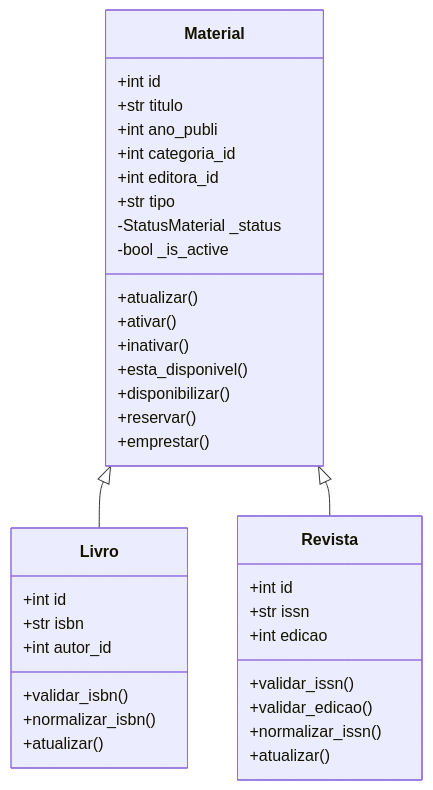
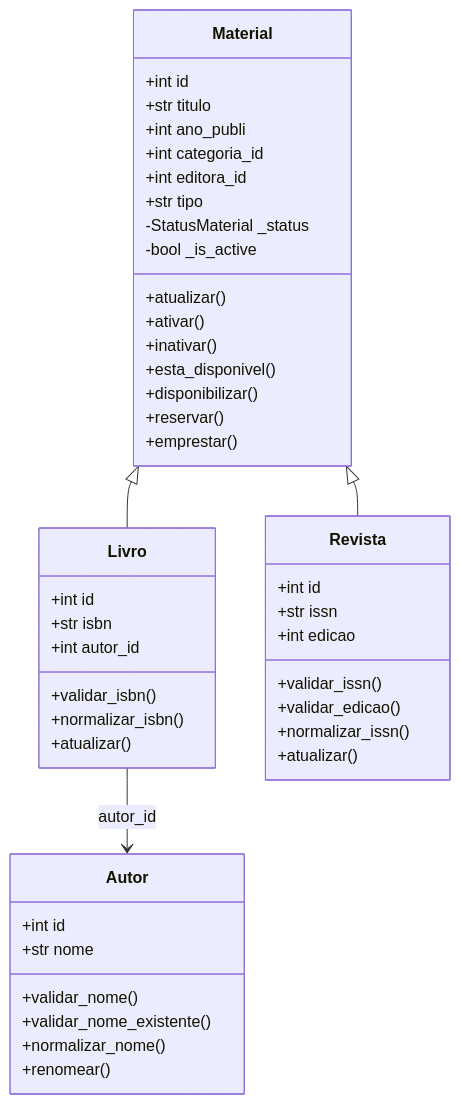
The diagram in docs/classes/diagrama/modelagem_classes.md (vitordanielsilvaleao-png/orientada_objetos), drawn with Mermaid before and after one commit. The commit also changed other lines of this file, not shown here.

Commit message:
docs: adiciona classe Autor ao diagrama de classes 4.
A classe Autor representa os autores cadastrados no sistema, contendo os atributos id e nome, além dos métodos de validação, normalização e alteração do nome.

A classe Livro possui o atributo autor_id, que referencia a tabela Autor.

````diff
--- a/docs/classes/diagrama/modelagem_classes.md
+++ b/docs/classes/diagrama/modelagem_classes.md
@@ -6,44 +6,57 @@
 ```mermaid
 classDiagram
     direction TB
 
     class Material {
         +int id
         +str titulo
         +int ano_publi
         +int categoria_id
         +int editora_id
         +str tipo
         -StatusMaterial _status
         -bool _is_active
         +atualizar()
         +ativar()
         +inativar()
         +esta_disponivel()
         +disponibilizar()
         +reservar()
         +emprestar()
     }
 
     class Livro {
         +int id
         +str isbn
         +int autor_id
         +validar_isbn()
         +normalizar_isbn()
         +atualizar()
     }
 
     class Revista {
         +int id
         +str issn
         +int edicao
         +validar_issn()
         +validar_edicao()
         +normalizar_issn()
         +atualizar()
     }
 
+
+    class Autor {
+        +int id
+        +str nome
+        +validar_nome()
+        +validar_nome_existente()
+        +normalizar_nome()
+        +renomear()
+    }
+
     Material <|-- Livro
     Material <|-- Revista
+
+    Livro --> Autor : autor_id
+
 ```
````
